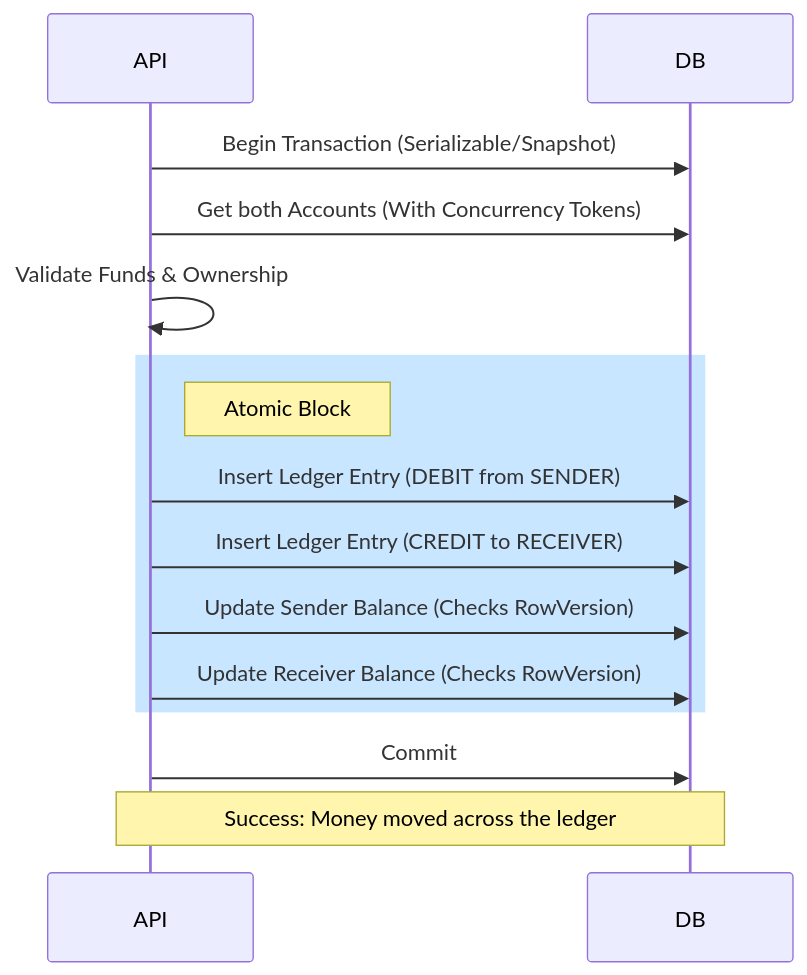
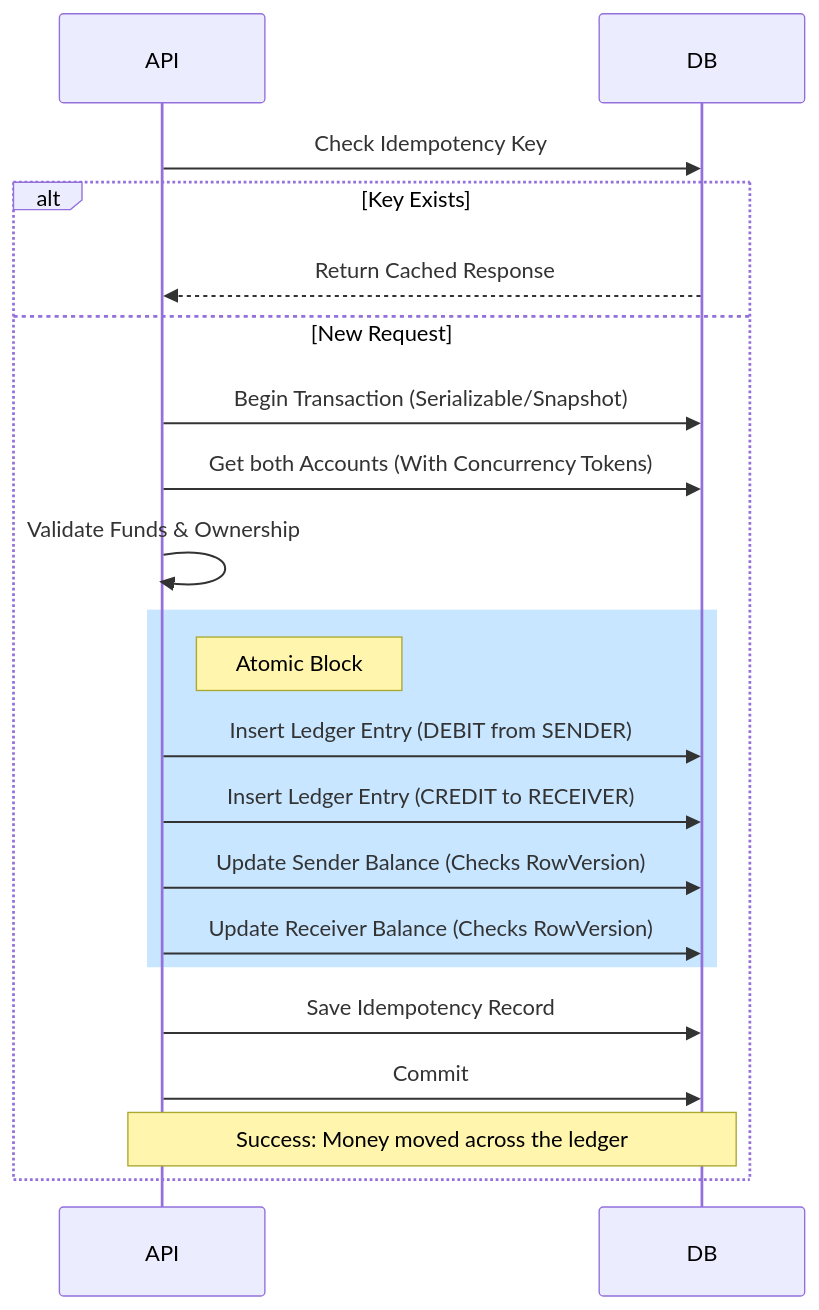
The fourth of 4 diagrams in WORKFLOW.md (karar-hayder/ITS-SecureBank), drawn with Mermaid before and after one commit. The commit also changed other lines of this file and 13 other files, not shown here.

Commit message:
feat: implement idempotency support for transaction operations; add IdempotentAttribute filter, enhance deposit, withdrawal, and transfer methods, and introduce background job for periodic interest application

````diff
--- a/WORKFLOW.md
+++ b/WORKFLOW.md
@@ -69,20 +92,26 @@
 ```mermaid
 sequenceDiagram
     participant API
     participant DB
     
-    API->>DB: Begin Transaction (Serializable/Snapshot)
-    API->>DB: Get both Accounts (With Concurrency Tokens)
-    API->>API: Validate Funds & Ownership
-    
-    rect rgb(200, 230, 255)
-        Note right of API: Atomic Block
-        API->>DB: Insert Ledger Entry (DEBIT from SENDER)
-        API->>DB: Insert Ledger Entry (CREDIT to RECEIVER)
-        API->>DB: Update Sender Balance (Checks RowVersion)
-        API->>DB: Update Receiver Balance (Checks RowVersion)
+    API->>DB: Check Idempotency Key
+    alt Key Exists
+        DB-->>API: Return Cached Response
+    else New Request
+        API->>DB: Begin Transaction (Serializable/Snapshot)
+        API->>DB: Get both Accounts (With Concurrency Tokens)
+        API->>API: Validate Funds & Ownership
+        
+        rect rgb(200, 230, 255)
+            Note right of API: Atomic Block
+            API->>DB: Insert Ledger Entry (DEBIT from SENDER)
+            API->>DB: Insert Ledger Entry (CREDIT to RECEIVER)
+            API->>DB: Update Sender Balance (Checks RowVersion)
+            API->>DB: Update Receiver Balance (Checks RowVersion)
+        end
+        
+        API->>DB: Save Idempotency Record
+        API->>DB: Commit
+        Note over API,DB: Success: Money moved across the ledger
     end
-    
-    API->>DB: Commit
-    Note over API,DB: Success: Money moved across the ledger
 ```
````
